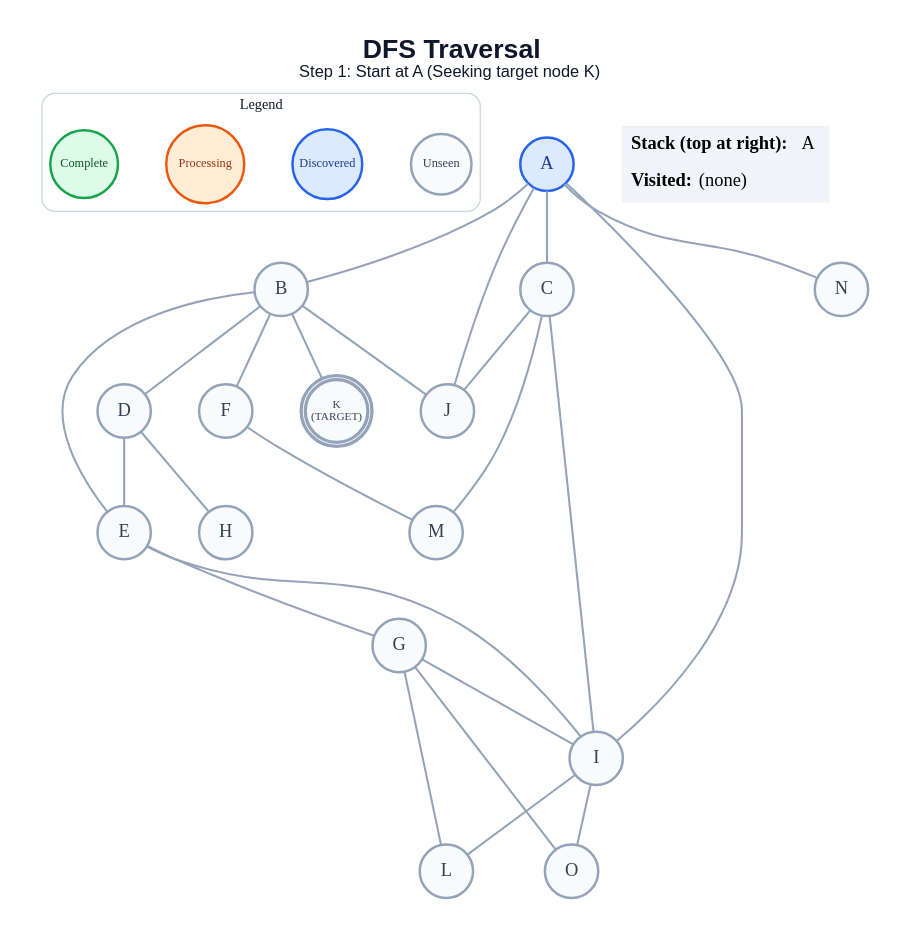
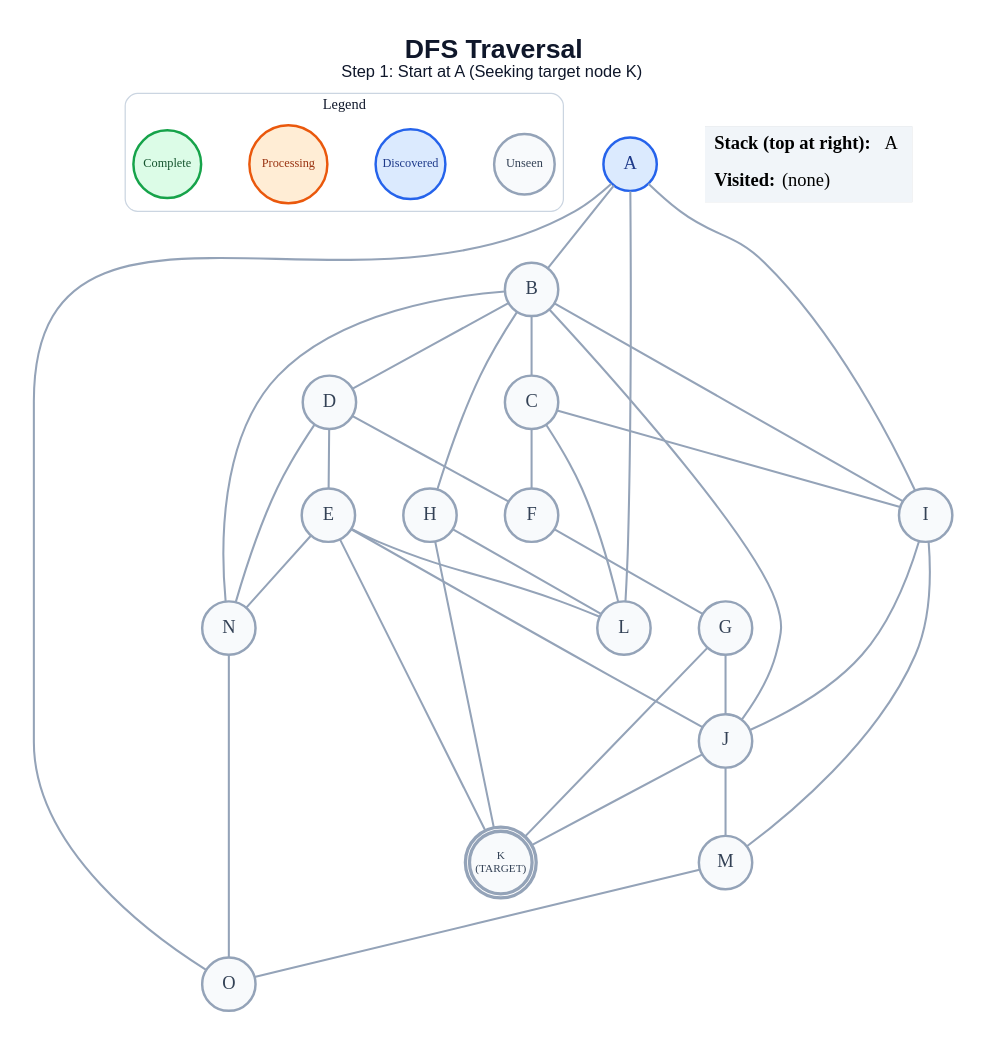
The diagram in generated/dfs/step_01.dot (anon7238593-create/ai-slop), drawn with Graphviz before and after one commit. The commit also changed 277 other files, not shown here.

```diff
--- a/generated/dfs/step_01.dot
+++ b/generated/dfs/step_01.dot
@@ -1,57 +1,65 @@
 graph traversal {
   graph [layout=dot, rankdir=TB, bgcolor="#FFFFFF", pad="0.35", nodesep="0.65", ranksep="0.8", fontname="Arial"];
   node [shape=circle, style="filled", fontname="Arial Bold", fontsize=18, width=0.72, fixedsize=true, penwidth=2.4];
   edge [color="#94A3B8", penwidth=2.0];
   label=<<B>DFS Traversal</B><BR/><FONT POINT-SIZE="16">Step 1: Start at A (Seeking target node K)</FONT>>; labelloc="t"; fontsize=26; fontname="Arial"; fontcolor="#0F172A";
   subgraph cluster_legend { label="Legend"; color="#CBD5E1"; penwidth=1.2; style="rounded"; fontsize=14; fontname="Arial Bold";
     key_unseen [label="Unseen", fillcolor="#F8FAFC", color="#94A3B8", fontcolor="#334155", fontsize=12, width=0.82];
     key_frontier [label="Discovered", fillcolor="#DBEAFE", color="#2563EB", fontcolor="#1E3A8A", fontsize=12, width=0.95];
     key_current [label="Processing", fillcolor="#FFEDD5", color="#EA580C", fontcolor="#9A3412", fontsize=12, width=1.05];
     key_done [label="Complete", fillcolor="#DCFCE7", color="#16A34A", fontcolor="#14532D", fontsize=12, width=0.92];
     { rank=same; key_unseen; key_frontier; key_current; key_done; }
   }
   A [label="A", fillcolor="#DBEAFE", color="#2563EB", fontcolor="#1E3A8A", peripheries=1, penwidth=2.4];
   B [label="B", fillcolor="#F8FAFC", color="#94A3B8", fontcolor="#334155", peripheries=1, penwidth=2.4];
   C [label="C", fillcolor="#F8FAFC", color="#94A3B8", fontcolor="#334155", peripheries=1, penwidth=2.4];
   D [label="D", fillcolor="#F8FAFC", color="#94A3B8", fontcolor="#334155", peripheries=1, penwidth=2.4];
   E [label="E", fillcolor="#F8FAFC", color="#94A3B8", fontcolor="#334155", peripheries=1, penwidth=2.4];
   F [label="F", fillcolor="#F8FAFC", color="#94A3B8", fontcolor="#334155", peripheries=1, penwidth=2.4];
   G [label="G", fillcolor="#F8FAFC", color="#94A3B8", fontcolor="#334155", peripheries=1, penwidth=2.4];
   H [label="H", fillcolor="#F8FAFC", color="#94A3B8", fontcolor="#334155", peripheries=1, penwidth=2.4];
   I [label="I", fillcolor="#F8FAFC", color="#94A3B8", fontcolor="#334155", peripheries=1, penwidth=2.4];
   J [label="J", fillcolor="#F8FAFC", color="#94A3B8", fontcolor="#334155", peripheries=1, penwidth=2.4];
   K [label="K\n(TARGET)", fillcolor="#F8FAFC", color="#94A3B8", fontcolor="#334155", peripheries=2, penwidth=3.2, fontsize=11, width=0.85, height=0.85];
   L [label="L", fillcolor="#F8FAFC", color="#94A3B8", fontcolor="#334155", peripheries=1, penwidth=2.4];
   M [label="M", fillcolor="#F8FAFC", color="#94A3B8", fontcolor="#334155", peripheries=1, penwidth=2.4];
   N [label="N", fillcolor="#F8FAFC", color="#94A3B8", fontcolor="#334155", peripheries=1, penwidth=2.4];
   O [label="O", fillcolor="#F8FAFC", color="#94A3B8", fontcolor="#334155", peripheries=1, penwidth=2.4];
   A -- B;
-  A -- C;
   A -- I;
-  A -- J;
-  A -- N;
+  A -- L;
+  A -- O;
+  B -- C;
   B -- D;
-  B -- E;
-  B -- F;
+  B -- H;
+  B -- I;
   B -- J;
-  B -- K;
+  B -- N;
+  C -- F;
   C -- I;
-  C -- J;
-  C -- M;
+  C -- L;
   D -- E;
-  D -- H;
-  E -- G;
-  E -- I;
-  F -- M;
-  G -- I;
-  G -- L;
-  G -- O;
-  I -- L;
-  I -- O;
+  D -- F;
+  D -- N;
+  E -- J;
+  E -- K;
+  E -- L;
+  E -- N;
+  F -- G;
+  G -- J;
+  G -- K;
+  H -- K;
+  H -- L;
+  I -- J;
+  I -- M;
+  J -- K;
+  J -- M;
+  M -- O;
+  N -- O;
   status [shape=plain, fixedsize=false, width=0, height=0, margin=0, label=<
     <TABLE BORDER="0" CELLBORDER="0" CELLPADDING="7" BGCOLOR="#F1F5F9">
       <TR><TD ALIGN="LEFT"><B>Stack (top at right):</B> A</TD></TR>
       <TR><TD ALIGN="LEFT"><B>Visited:</B> (none)</TD></TR>
     </TABLE>
   >];
 }
```
